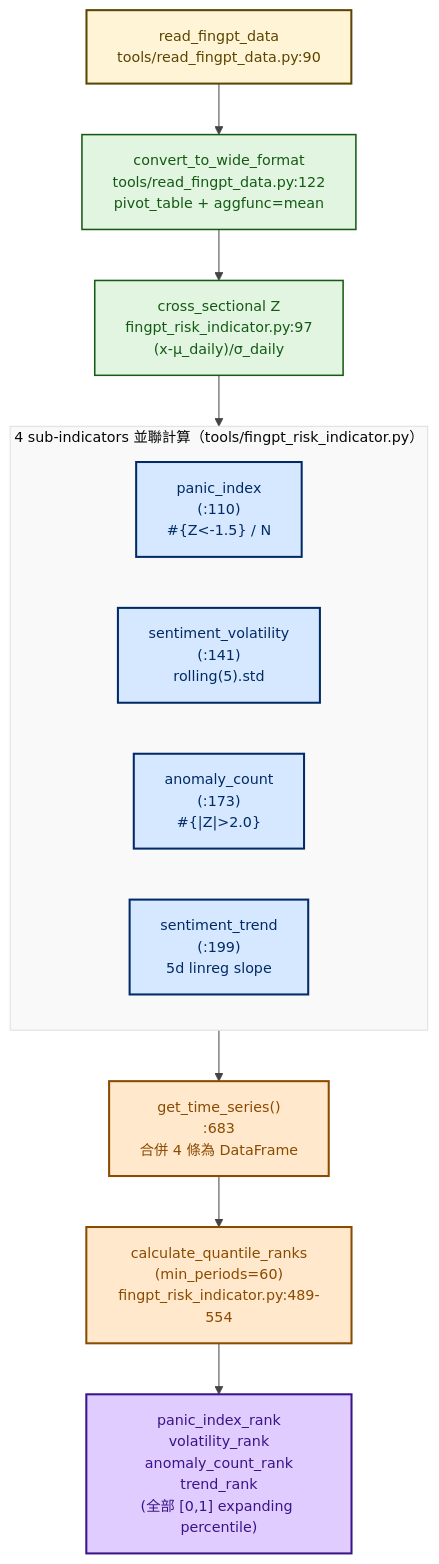
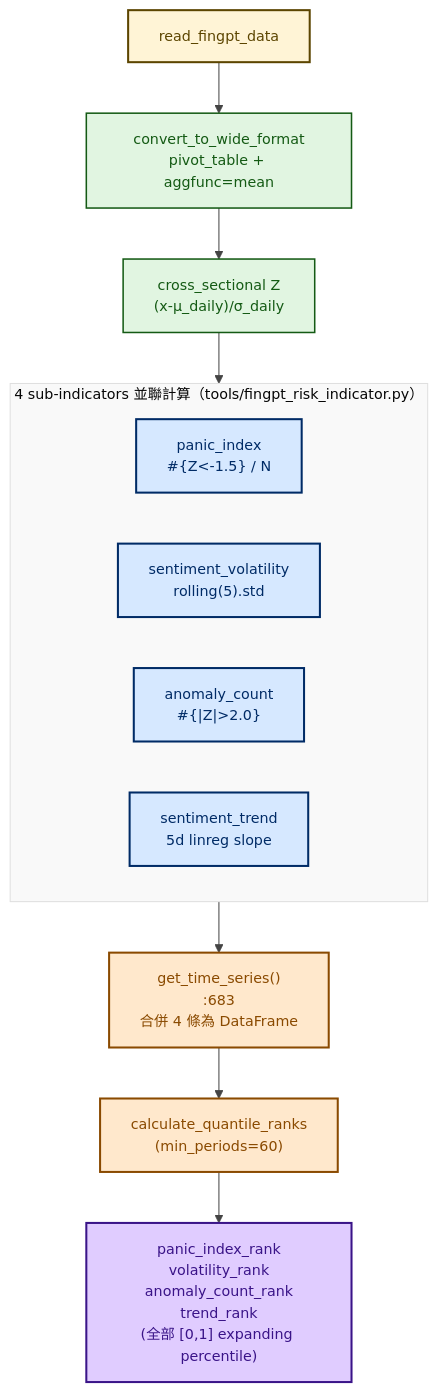
One commit to Jang-jhih/quant-interview-prep changed the fourth of 7 diagrams in flowcharts/market_risk_studies/fingpt_risk.md. Above: the diagram before and after it, drawn with Mermaid. The commit also changed other lines of this file and 12 other files, not shown here.

````diff
--- a/flowcharts/market_risk_studies/fingpt_risk.md
+++ b/flowcharts/market_risk_studies/fingpt_risk.md
@@ -134,33 +134,33 @@
 ```mermaid
 %%{init: {'theme':'base', 'themeVariables': {'primaryColor':'#ececec','primaryTextColor':'#1a1a1a','primaryBorderColor':'#666666','lineColor':'#444444','secondaryColor':'#f4f4f4','fontSize':'14px'}}}%%
 flowchart TB
     classDef input fill:#fff4d6,stroke:#5c4500,stroke-width:2px,color:#5c4500
     classDef transform fill:#e1f5e1,stroke:#145a14,stroke-width:1.5px,color:#145a14
     classDef sub fill:#d6e8ff,stroke:#002b66,stroke-width:2px,color:#002b66
     classDef combine fill:#ffe8cc,stroke:#8a4a00,stroke-width:2px,color:#8a4a00
     classDef output fill:#e0ccff,stroke:#3a1488,stroke-width:2px,color:#3a1488
 
-    SENT["read_fingpt_data<br/>tools/read_fingpt_data.py:90"]:::input
-    WIDE["convert_to_wide_format<br/>tools/read_fingpt_data.py:122<br/>pivot_table + aggfunc=mean"]:::transform
-    Z["cross_sectional Z<br/>fingpt_risk_indicator.py:97<br/>(x-μ_daily)/σ_daily"]:::transform
+    SENT["read_fingpt_data"]:::input
+    WIDE["convert_to_wide_format<br/>pivot_table + aggfunc=mean"]:::transform
+    Z["cross_sectional Z<br/>(x-μ_daily)/σ_daily"]:::transform
 
     subgraph SUB4["4 sub-indicators 並聯計算（tools/fingpt_risk_indicator.py）"]
         direction LR
-        P["panic_index<br/>(:110)<br/>#{Z<-1.5} / N"]:::sub
-        V["sentiment_volatility<br/>(:141)<br/>rolling(5).std"]:::sub
-        A["anomaly_count<br/>(:173)<br/>#{|Z|>2.0}"]:::sub
-        T["sentiment_trend<br/>(:199)<br/>5d linreg slope"]:::sub
+        P["panic_index<br/>#{Z<-1.5} / N"]:::sub
+        V["sentiment_volatility<br/>rolling(5).std"]:::sub
+        A["anomaly_count<br/>#{|Z|>2.0}"]:::sub
+        T["sentiment_trend<br/>5d linreg slope"]:::sub
     end
 
     GET["get_time_series()<br/>:683<br/>合併 4 條為 DataFrame"]:::combine
-    RANK["calculate_quantile_ranks<br/>(min_periods=60)<br/>fingpt_risk_indicator.py:489-554"]:::combine
+    RANK["calculate_quantile_ranks<br/>(min_periods=60)"]:::combine
     OUT["panic_index_rank<br/>volatility_rank<br/>anomaly_count_rank<br/>trend_rank<br/>(全部 [0,1] expanding percentile)"]:::output
 
     SENT --> WIDE --> Z --> SUB4 --> GET --> RANK --> OUT
 
     class SENT input
     class WIDE,Z transform
     class P,V,A,T sub
     class GET,RANK combine
     class OUT output
 ```
````
